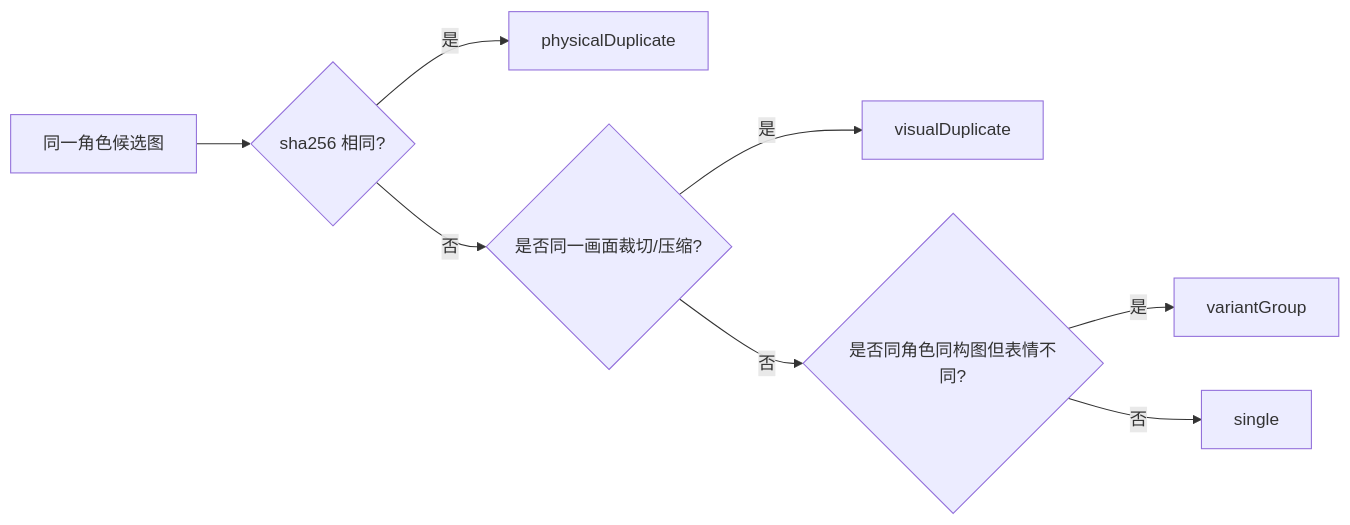
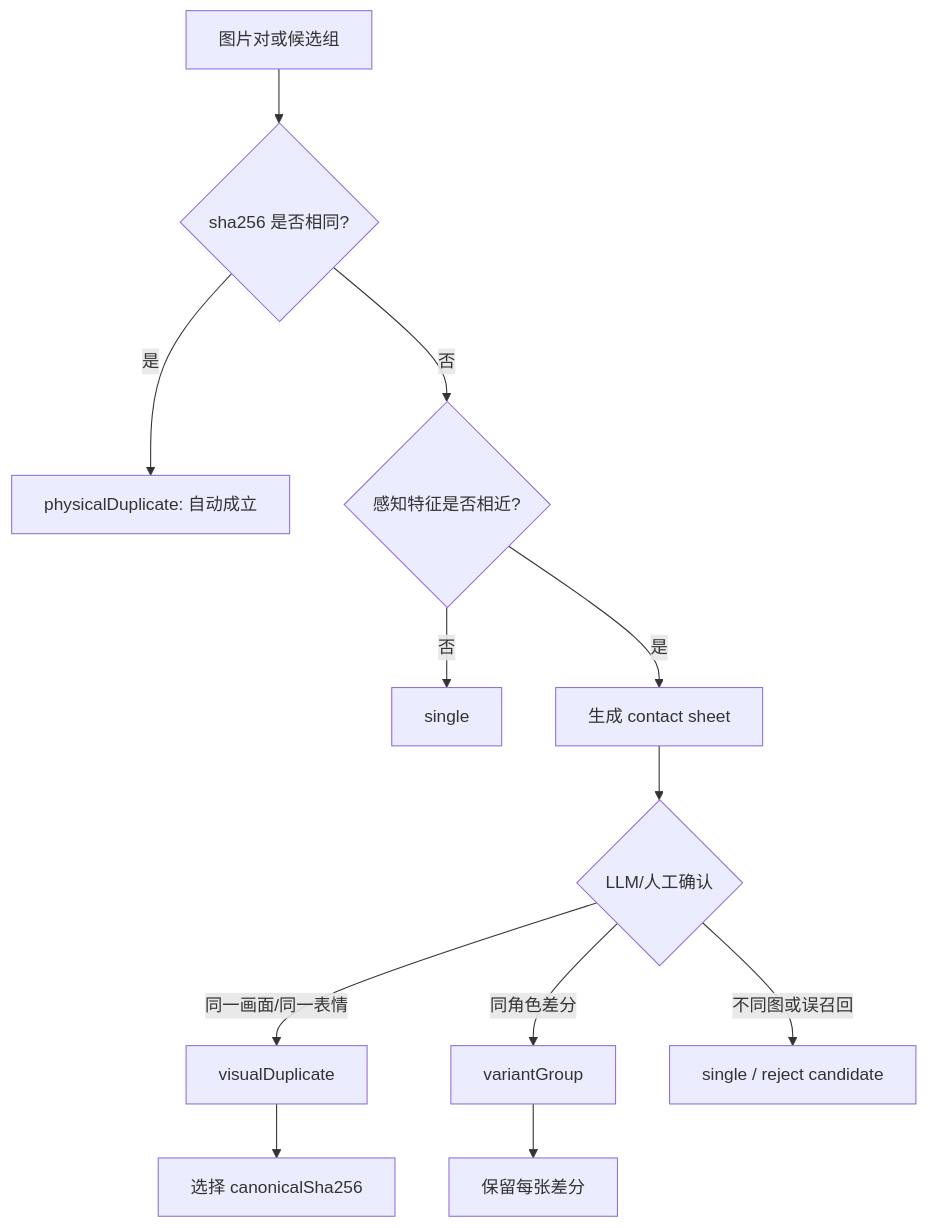
The eighth of 10 diagrams in docs/reference/gululu-replay-data-cleaning-review.md (starrybamboo/tuan-chat-web), drawn with Mermaid before and after one commit. The commit also changed other lines of this file, not shown here.

````diff
--- a/docs/reference/gululu-replay-data-cleaning-review.md
+++ b/docs/reference/gululu-replay-data-cleaning-review.md
@@ -421,10 +590,14 @@
 ```mermaid
-flowchart LR
-  A["同一角色候选图"] --> B{"sha256 相同?"}
-  B -->|是| Physical["physicalDuplicate"]
-  B -->|否| C{"是否同一画面裁切/压缩?"}
-  C -->|是| Visual["visualDuplicate"]
-  C -->|否| D{"是否同角色同构图但表情不同?"}
-  D -->|是| Variant["variantGroup"]
-  D -->|否| Single["single"]
+flowchart TD
+  A["图片对或候选组"] --> B{"sha256 是否相同?"}
+  B -->|是| Physical["physicalDuplicate: 自动成立"]
+  B -->|否| C{"感知特征是否相近?"}
+  C -->|否| Single["single"]
+  C -->|是| Sheet["生成 contact sheet"]
+  Sheet --> Review{"LLM/人工确认"}
+  Review -->|同一画面/同一表情| Visual["visualDuplicate"]
+  Review -->|同角色差分| Variant["variantGroup"]
+  Review -->|不同图或误召回| Reject["single / reject candidate"]
+  Visual --> Canonical["选择 canonicalSha256"]
+  Variant --> Keep["保留每张差分"]
 ```
````
